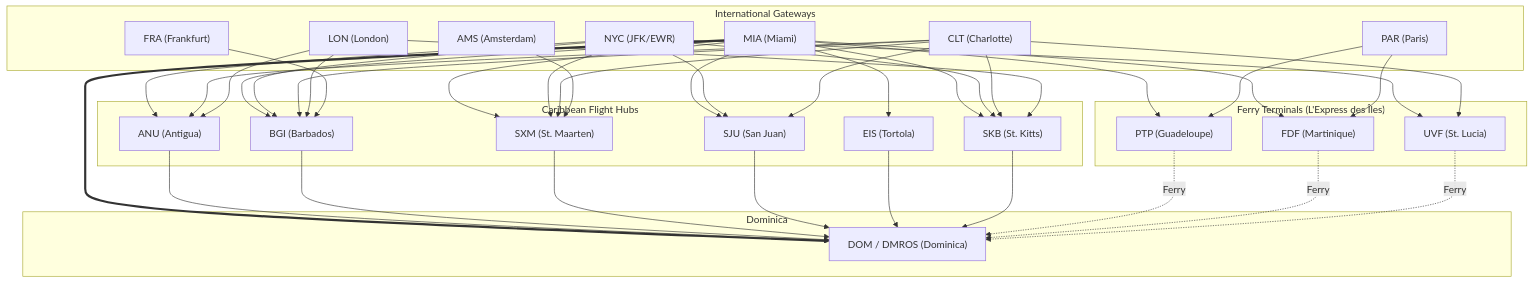
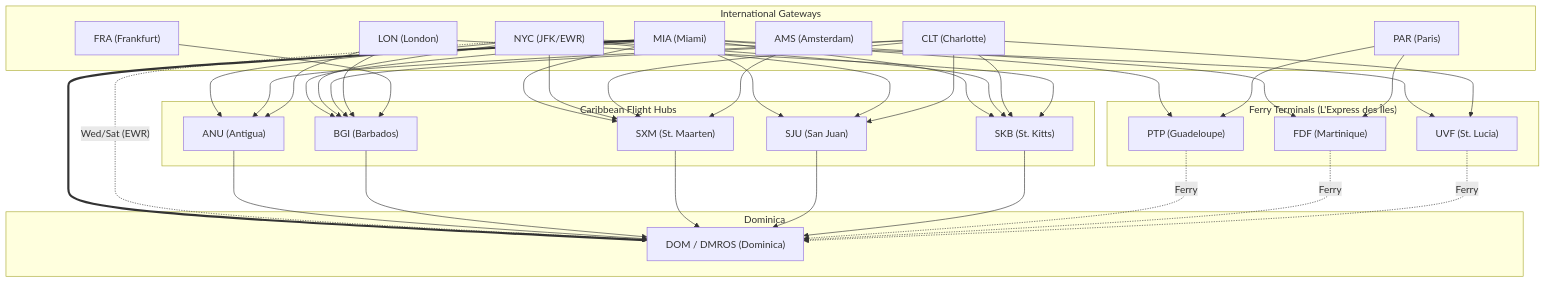
The diagram in README.md (rajivghandi767/prop-and-ferry), drawn with Mermaid before and after one commit. The commit also changed other lines of this file and 8 other files, not shown here.

````diff
--- a/README.md
+++ b/README.md
@@ -96,43 +96,43 @@
 ```mermaid
 flowchart TD
     subgraph Gateways["International Gateways"]
         NYC["NYC (JFK/EWR)"]
         MIA["MIA (Miami)"]
         CLT["CLT (Charlotte)"]
         LON["LON (London)"]
         PAR["PAR (Paris)"]
         AMS["AMS (Amsterdam)"]
         FRA["FRA (Frankfurt)"]
     end
 
     subgraph Hubs["Caribbean Flight Hubs"]
         ANU["ANU (Antigua)"]
         BGI["BGI (Barbados)"]
         SXM["SXM (St. Maarten)"]
         SJU["SJU (San Juan)"]
-        EIS["EIS (Tortola)"]
         SKB["SKB (St. Kitts)"]
     end
 
     subgraph Ferries["Ferry Terminals (L'Express des Îles)"]
         PTP["PTP (Guadeloupe)"]
         FDF["FDF (Martinique)"]
         UVF["UVF (St. Lucia)"]
     end
 
     subgraph Target["Dominica"]
         DOM["DOM / DMROS (Dominica)"]
     end
 
     MIA ==> DOM
-    MIA --> EIS & SJU & SXM & SKB & BGI & PTP & FDF
+    NYC -. "Wed/Sat (EWR)" .-> DOM
+    MIA --> SJU & SXM & SKB & BGI & PTP & FDF
     NYC --> ANU & BGI & UVF & SJU & SXM & SKB
     CLT --> ANU & BGI & UVF & SJU & SXM & SKB
     LON --> ANU & BGI & SKB
     PAR --> PTP & FDF
     AMS --> SXM
     FRA --> BGI
 
-    ANU & BGI & SXM & SJU & EIS & SKB --> DOM
+    ANU & BGI & SXM & SJU & SKB --> DOM
     PTP & FDF & UVF -. "Ferry" .-> DOM
 ```
````
